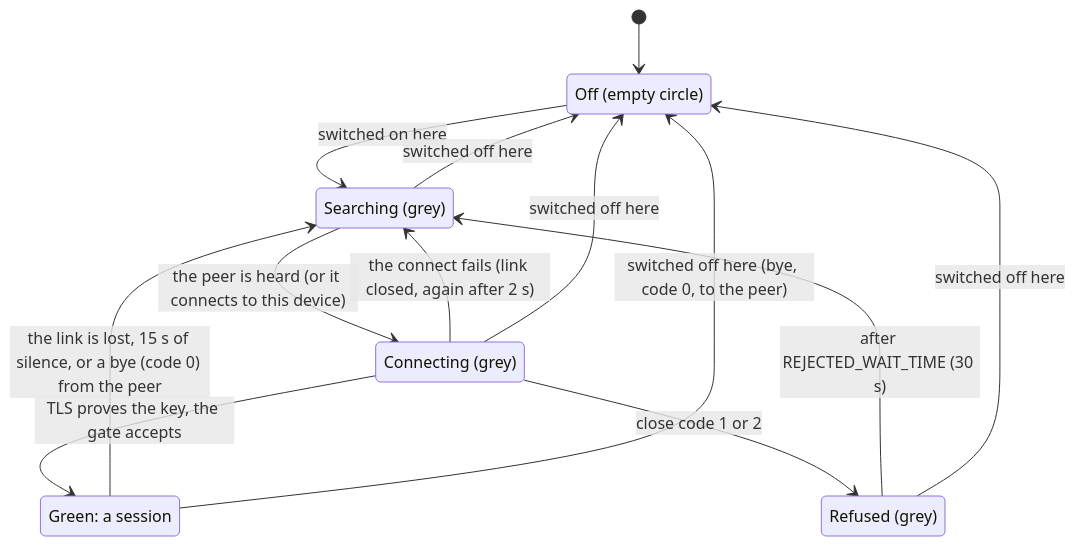
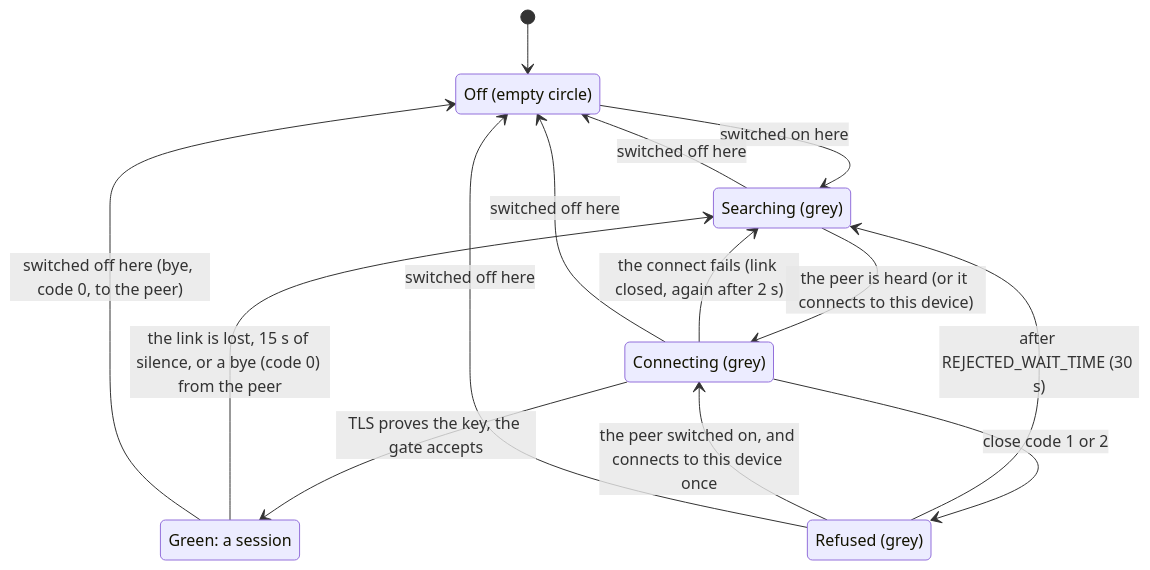
The diagram in docs/architecture/communication.md (VRuzhentsov/fini), drawn with Mermaid before and after one commit. The commit also changed other lines of this file and 6 other files, not shown here.

First line of the commit message:
Bluetooth: after a refusal, the refusing device connects once when its channel is switched on; pin ble-gatt 0656e9a

````diff
--- a/docs/architecture/communication.md
+++ b/docs/architecture/communication.md
@@ -126,21 +126,22 @@
 ```mermaid
 stateDiagram-v2
     state "Off (empty circle)" as Off
     state "Searching (grey)" as Searching
     state "Connecting (grey)" as Connecting
     state "Green: a session" as Green
     state "Refused (grey)" as Refused
 
     [*] --> Off
     Off --> Searching: switched on here
     Searching --> Connecting: the peer is heard (or it connects to this device)
     Connecting --> Green: TLS proves the key, the gate accepts
     Connecting --> Searching: the connect fails (link closed, again after 2 s)
     Connecting --> Refused: close code 1 or 2
     Refused --> Searching: after REJECTED_WAIT_TIME (30 s)
+    Refused --> Connecting: the peer switched on, and connects to this device once
     Green --> Searching: the link is lost, 15 s of silence, or a bye (code 0) from the peer
     Searching --> Off: switched off here
     Connecting --> Off: switched off here
     Refused --> Off: switched off here
     Green --> Off: switched off here (bye, code 0, to the peer)
 ```
````
